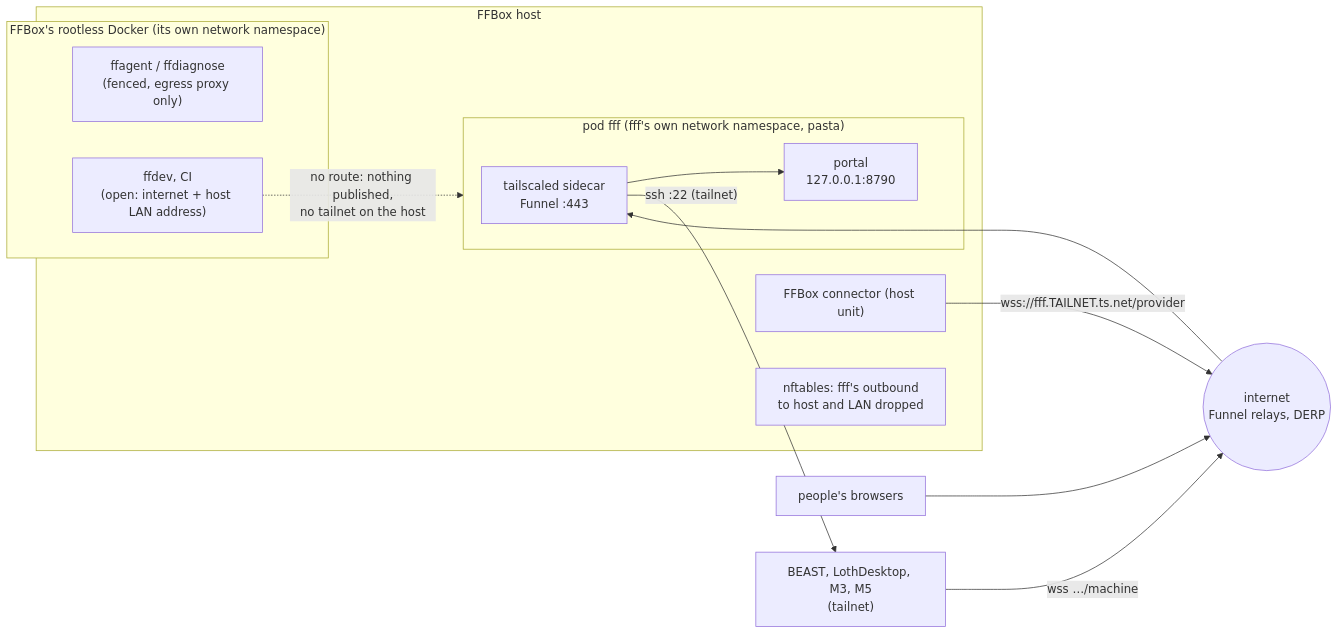
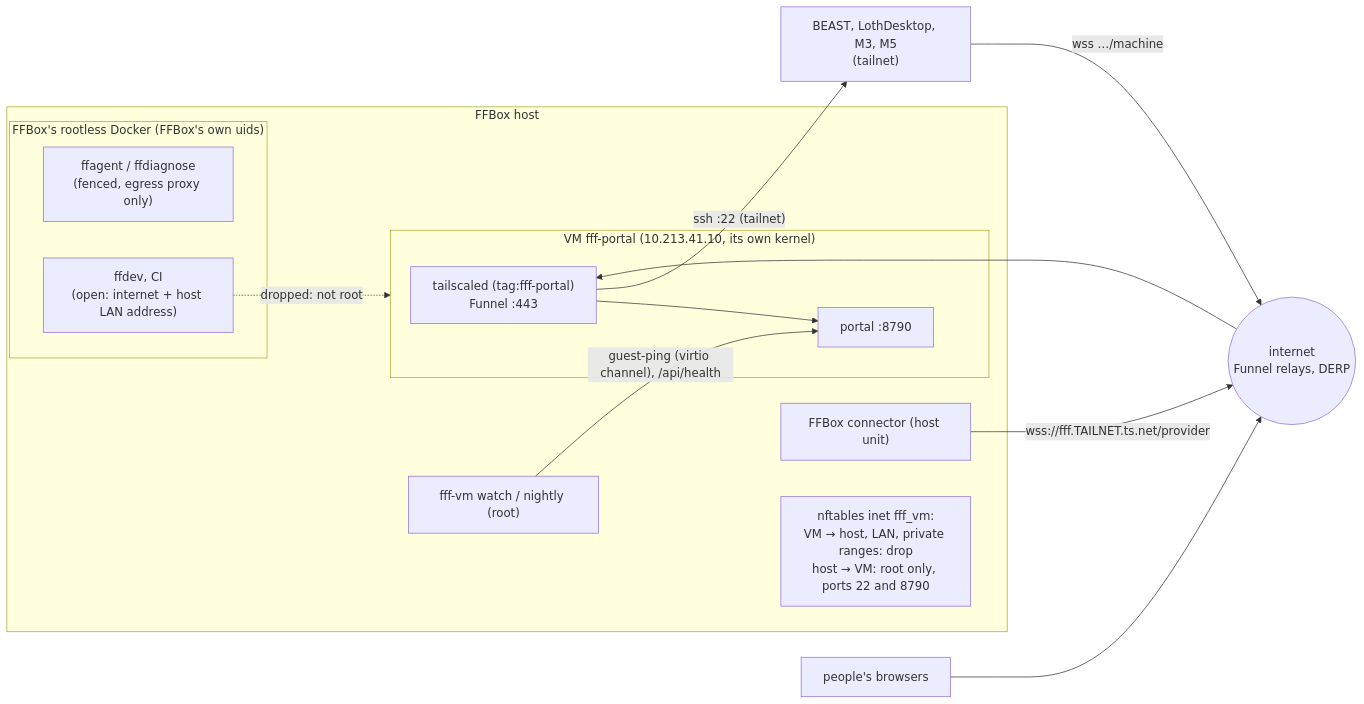
One commit to Final-Factory/ff-factory changed the diagram in docs/portal-on-ffbox-host.md. Above: the diagram before and after it, drawn with Mermaid. The commit also changed other lines of this file and 3 other files, not shown here.

````diff
--- a/docs/portal-on-ffbox-host.md
+++ b/docs/portal-on-ffbox-host.md
@@ -121,25 +143,27 @@
 ```mermaid
 flowchart LR
   subgraph host["FFBox host"]
-    subgraph ffboxns["FFBox's rootless Docker (its own network namespace)"]
+    subgraph ffboxns["FFBox's rootless Docker (FFBox's own uids)"]
       ffagent["ffagent / ffdiagnose<br/>(fenced, egress proxy only)"]
       ffdev["ffdev, CI<br/>(open: internet + host LAN address)"]
     end
     conn["FFBox connector (host unit)"]
-    subgraph pod["pod fff (fff's own network namespace, pasta)"]
-      ts["tailscaled sidecar<br/>Funnel :443"]
-      portal["portal<br/>127.0.0.1:8790"]
+    nft["nftables inet fff_vm:<br/>VM → host, LAN, private ranges: drop<br/>host → VM: root only, ports 22 and 8790"]
+    watch["fff-vm watch / nightly (root)"]
+    subgraph vm["VM fff-portal (10.213.41.10, its own kernel)"]
+      ts["tailscaled (tag:fff-portal)<br/>Funnel :443"]
+      portal["portal :8790"]
     end
-    nft["nftables: fff's outbound<br/>to host and LAN dropped"]
   end
   internet(("internet<br/>Funnel relays, DERP"))
   machines["BEAST, LothDesktop, M3, M5<br/>(tailnet)"]
   browsers["people's browsers"]
   ts --> portal
   conn -- "wss://fff.TAILNET.ts.net/provider" --> internet
   browsers --> internet
   machines -- "wss …/machine" --> internet
   internet --> ts
   ts -- "ssh :22 (tailnet)" --> machines
-  ffdev -. "no route: nothing published,<br/>no tailnet on the host" .-> pod
+  watch -- "guest-ping (virtio channel), /api/health" --> portal
+  ffdev -. "dropped: not root" .-> vm
 ```
````
